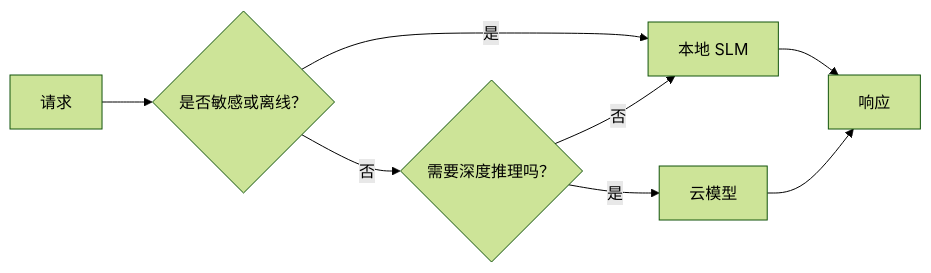
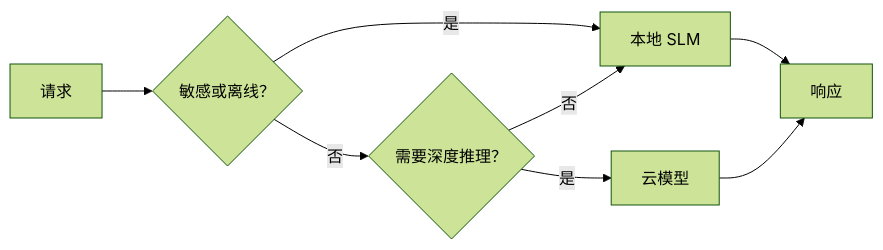
The fourth of 4 diagrams in translations/zh-CN/17-creating-local-ai-agents/README.md (microsoft/ai-agents-for-beginners), drawn with Mermaid (forest theme) before and after one commit. The commit also changed other lines of this file and 47 other files, not shown here.

````diff
--- a/translations/zh-CN/17-creating-local-ai-agents/README.md
+++ b/translations/zh-CN/17-creating-local-ai-agents/README.md
@@ -156,10 +156,10 @@
 ```mermaid
 flowchart LR
-    Q[请求] --> S{是否敏感或离线？}
+    Q[请求] --> S{敏感或离线？}
     S -->|是| L[本地 SLM]
-    S -->|否| C{需要深度推理吗？}
+    S -->|否| C{需要深度推理？}
     C -->|否| L
     C -->|是| Cloud[云模型]
     L --> Out[响应]
     Cloud --> Out
 ```
````
